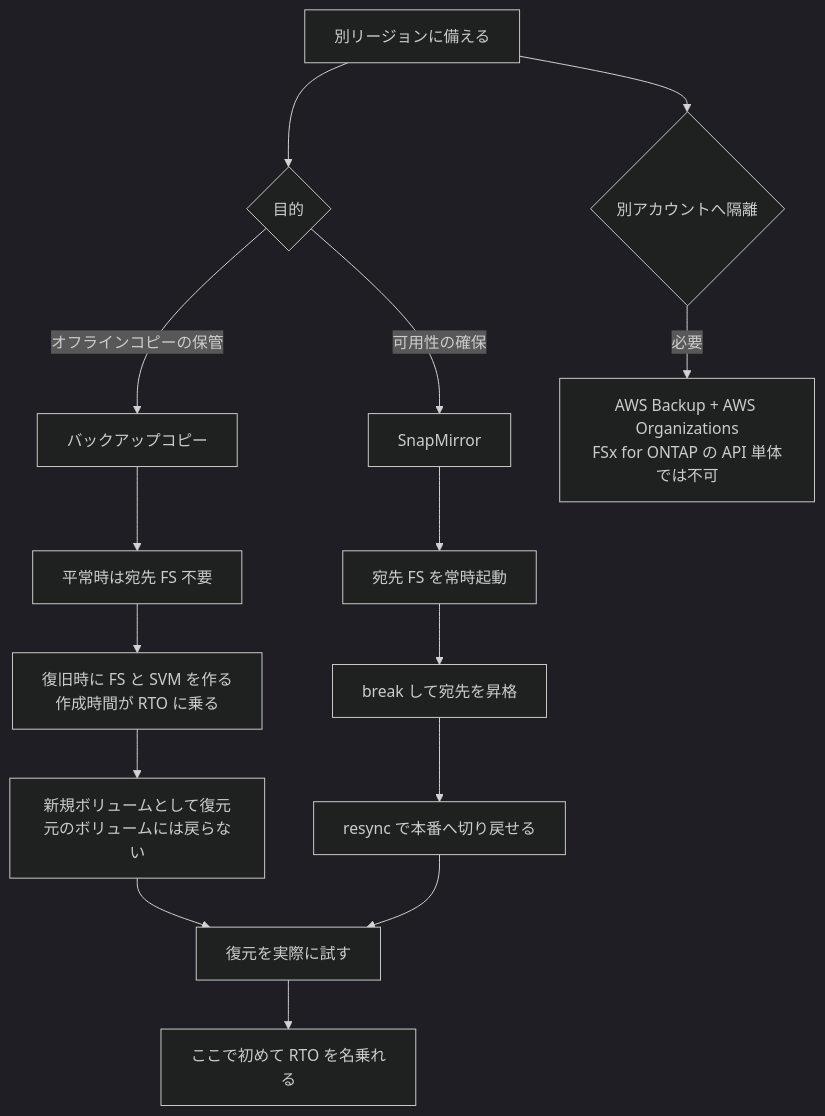
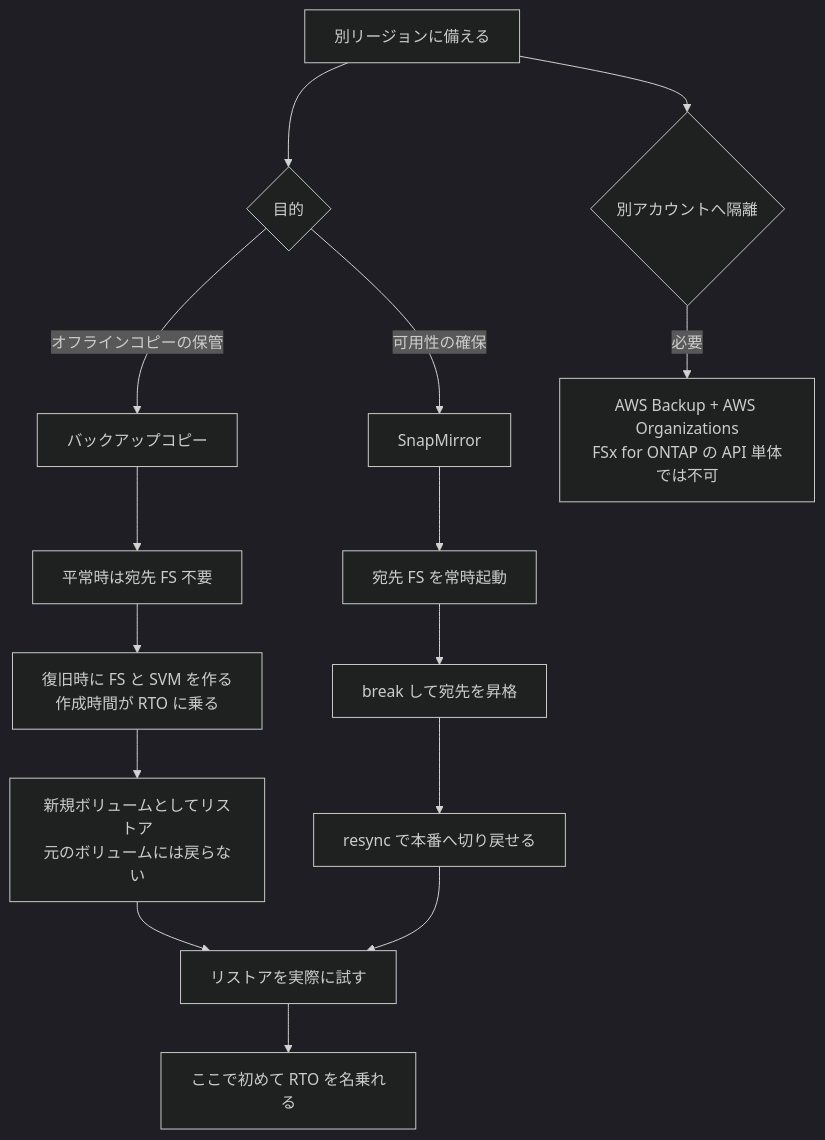
Before and after one commit to Yoshiki0705/FSx-for-ONTAP-Adoption-Playbook: the diagram in docs/ja/domains/data-protection/notes/backup-copies-across-regions-and-accounts.md, drawn with Mermaid (dark theme). The commit also changed other lines of this file and 21 other files, not shown here.

````diff
--- a/docs/ja/domains/data-protection/notes/backup-copies-across-regions-and-accounts.md
+++ b/docs/ja/domains/data-protection/notes/backup-copies-across-regions-and-accounts.md
@@ -309,21 +360,21 @@
 ```mermaid
 graph TD
     A[別リージョンに備える] --> P{目的}
     P -->|オフラインコピーの保管| B[バックアップコピー]
     P -->|可用性の確保| S[SnapMirror]
 
     B --> B1[平常時は宛先 FS 不要]
     B1 --> B2["復旧時に FS と SVM を作る<br/>作成時間が RTO に乗る"]
-    B2 --> B3["新規ボリュームとして復元<br/>元のボリュームには戻らない"]
+    B2 --> B3["新規ボリュームとしてリストア<br/>元のボリュームには戻らない"]
 
     S --> S1[宛先 FS を常時起動]
     S1 --> S2["break して宛先を昇格"]
     S2 --> S3["resync で本番へ切り戻せる"]
 
     A --> ACC{別アカウントへ隔離}
     ACC -->|必要| AB["AWS Backup + AWS Organizations<br/>FSx for ONTAP の API 単体では不可"]
 
-    B3 --> T[復元を実際に試す]
+    B3 --> T[リストアを実際に試す]
     S3 --> T
     T --> RTO[ここで初めて RTO を名乗れる]
 ```
````
